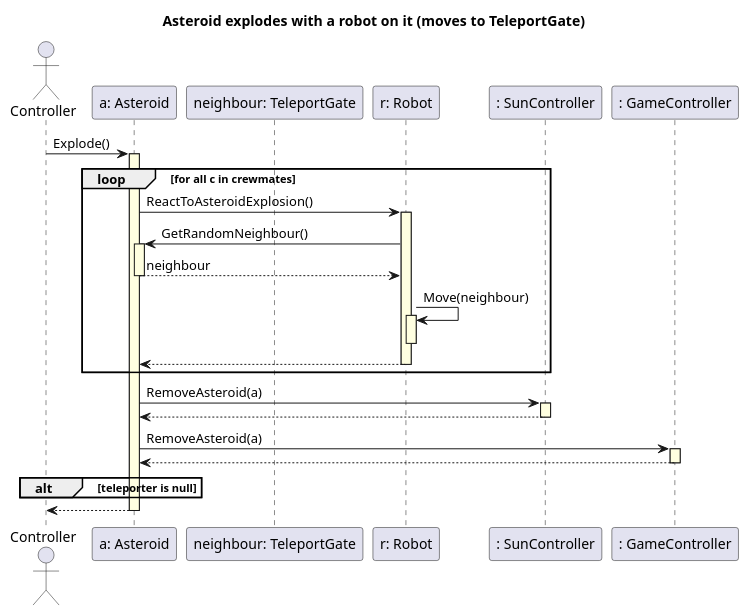
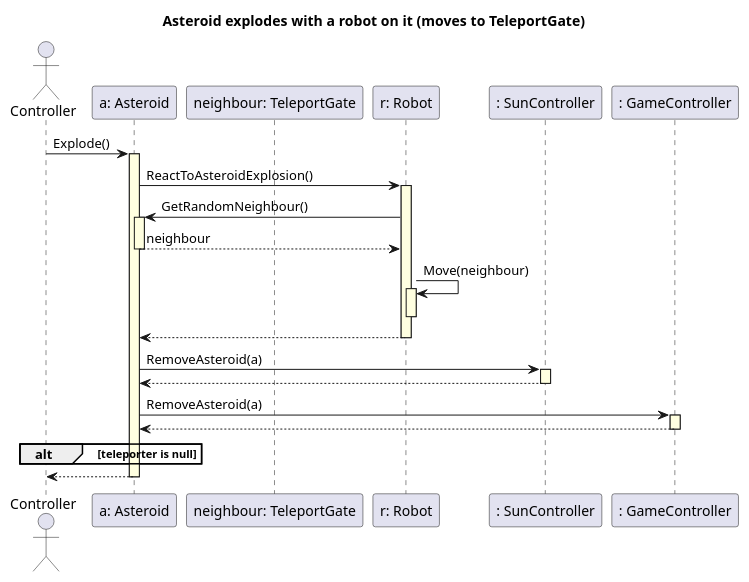
Before and after one commit to triszt4n/projlab_holy_oil: the diagram in uml/aster_expl_w_robot_teleport.plantuml, drawn with PlantUML. The commit also changed 4 other files, not shown here.

```diff
--- a/uml/aster_expl_w_robot_teleport.plantuml
+++ b/uml/aster_expl_w_robot_teleport.plantuml
@@ -1,39 +1,35 @@
 @startuml
 skinparam SequenceLifeLineBackgroundColor LightYellow
 
 title "Asteroid explodes with a robot on it (moves to TeleportGate)"
 
 actor Controller as C
 
 participant "a: Asteroid" as a
 participant "neighbour: TeleportGate" as neighbour
 participant "r: Robot" as r
 participant ": SunController" as sun
 participant ": GameController" as game
 
 C -> a ++ : Explode()
 
-loop for all c in crewmates
-
-    a -> r ++ : ReactToAsteroidExplosion() 
-        r -> a ++ : GetRandomNeighbour()
-        return neighbour
-        r -> r ++ : Move(neighbour)
-        deactivate r
-    r --> a --
-
-end
+a -> r ++ : ReactToAsteroidExplosion() 
+    r -> a ++ : GetRandomNeighbour()
+    return neighbour
+    r -> r ++ : Move(neighbour)
+    deactivate r
+r --> a --
 
 a -> sun ++ : RemoveAsteroid(a)
 sun --> a --
 
 a -> game ++ : RemoveAsteroid(a)
 game --> a --
 
 alt teleporter is null
 
 end
 
 a --> C --
 
 @enduml
```
